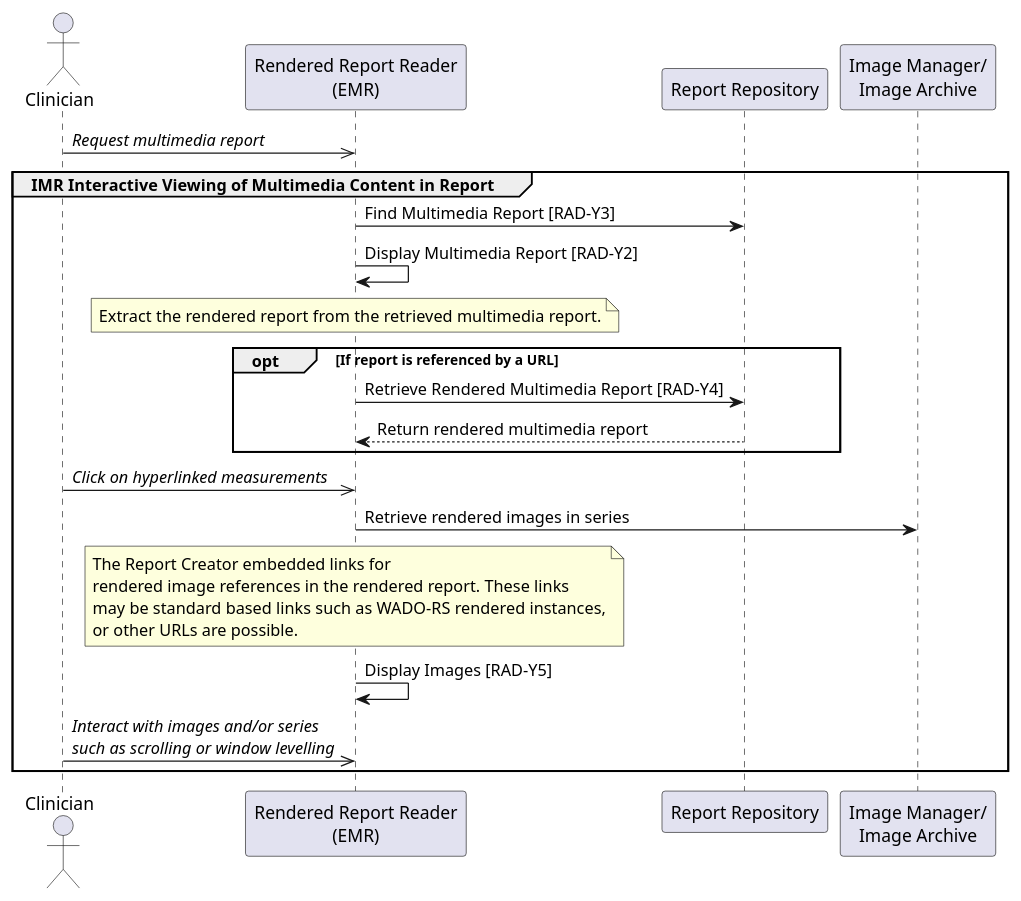
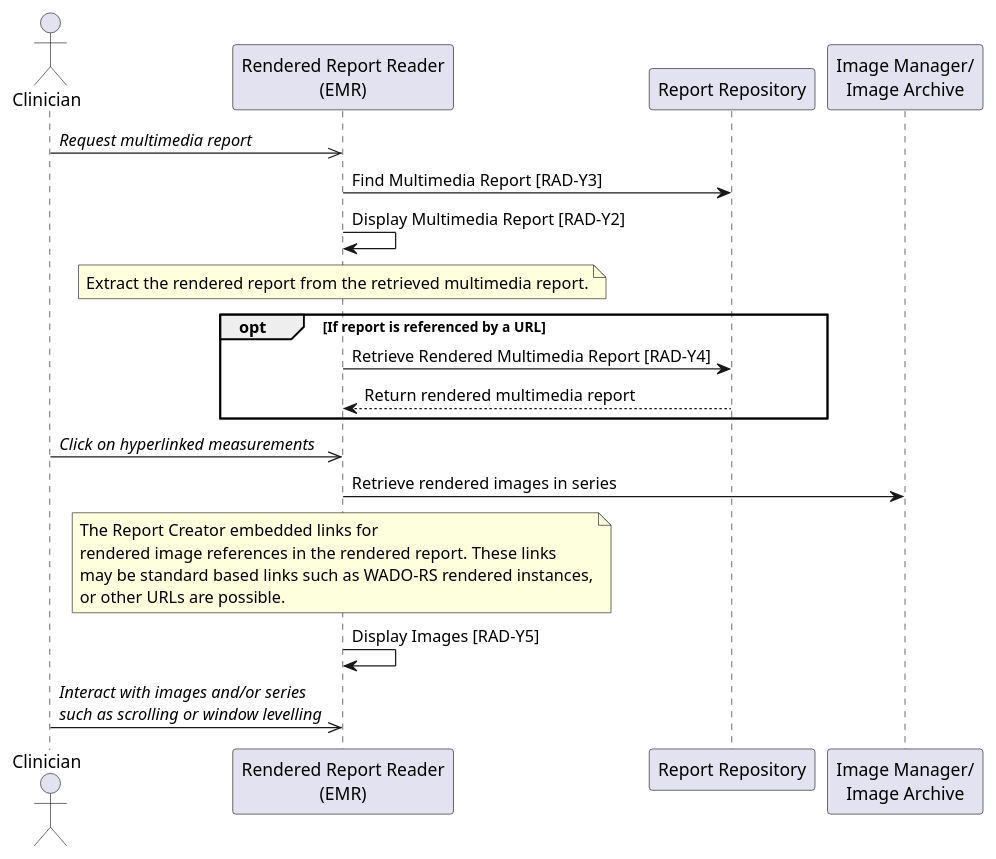
Before and after one commit to IHE/RAD.IMR: the diagram in input/images-source/uc2a-presenting-interactive-report-presentedform.plantuml, drawn with PlantUML. The commit also changed 4 other files, not shown here.

Commit message:
Update diagrams based on review comments.

```diff
--- a/input/images-source/uc2a-presenting-interactive-report-presentedform.plantuml
+++ b/input/images-source/uc2a-presenting-interactive-report-presentedform.plantuml
@@ -1,38 +1,36 @@
 @startuml
 
 actor Clinician as Clinician
 
 participant "Rendered Report Reader\n(EMR)" as EMR
 participant "Report Repository" as Repo
 
 participant "Image Manager/\nImage Archive" as Archive
 
 Clinician->>EMR: //Request multimedia report//
-group IMR Interactive Viewing of Multimedia Content in Report
+
 EMR->Repo: Find Multimedia Report [RAD-Y3]
 EMR->EMR: Display Multimedia Report [RAD-Y2]
 note over EMR
 Extract the rendered report from the retrieved multimedia report.
 end note
 
 opt If report is referenced by a URL
 EMR->Repo: Retrieve Rendered Multimedia Report [RAD-Y4]
 Repo-->EMR: Return rendered multimedia report
 end
 
 Clinician->>EMR: //Click on hyperlinked measurements//
 
 EMR->Archive: Retrieve rendered images in series
 note over EMR
 The Report Creator embedded links for
 rendered image references in the rendered report. These links
 may be standard based links such as WADO-RS rendered instances,
 or other URLs are possible.
 end note
 EMR->EMR: Display Images [RAD-Y5]
 
 Clinician->>EMR: //Interact with images and/or series//\n//such as scrolling or window levelling//
 
-end
-
 @enduml
```
